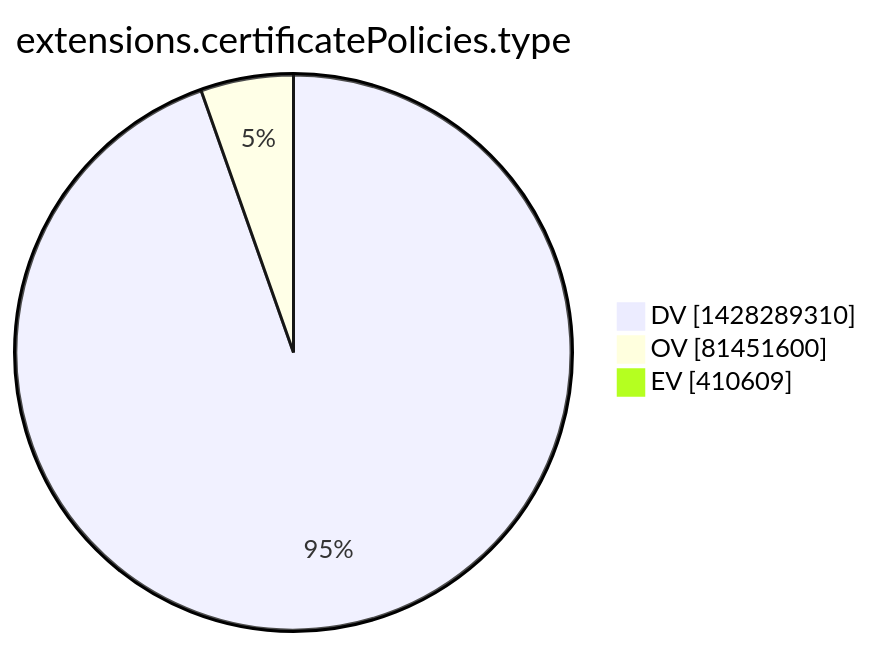
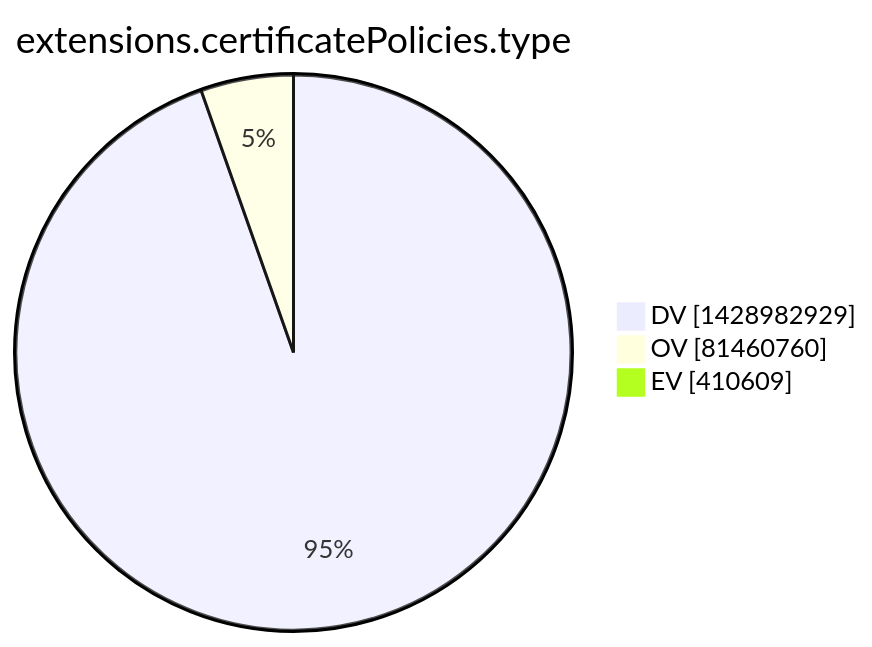
Before and after one commit to christiankrug/ctmonitor_visualization: the tenth of 15 diagrams in xenon2022/README.md, drawn with Mermaid. The commit also changed other lines of this file, not shown here.

````diff
--- a/xenon2022/README.md
+++ b/xenon2022/README.md
@@ -2867,7 +2867,7 @@
 ```mermaid
 pie showData
 title extensions.certificatePolicies.type
-"DV" :1428289310
-"OV" :81451600
+"DV" :1428982929
+"OV" :81460760
 "EV" :410609
 ```
````
